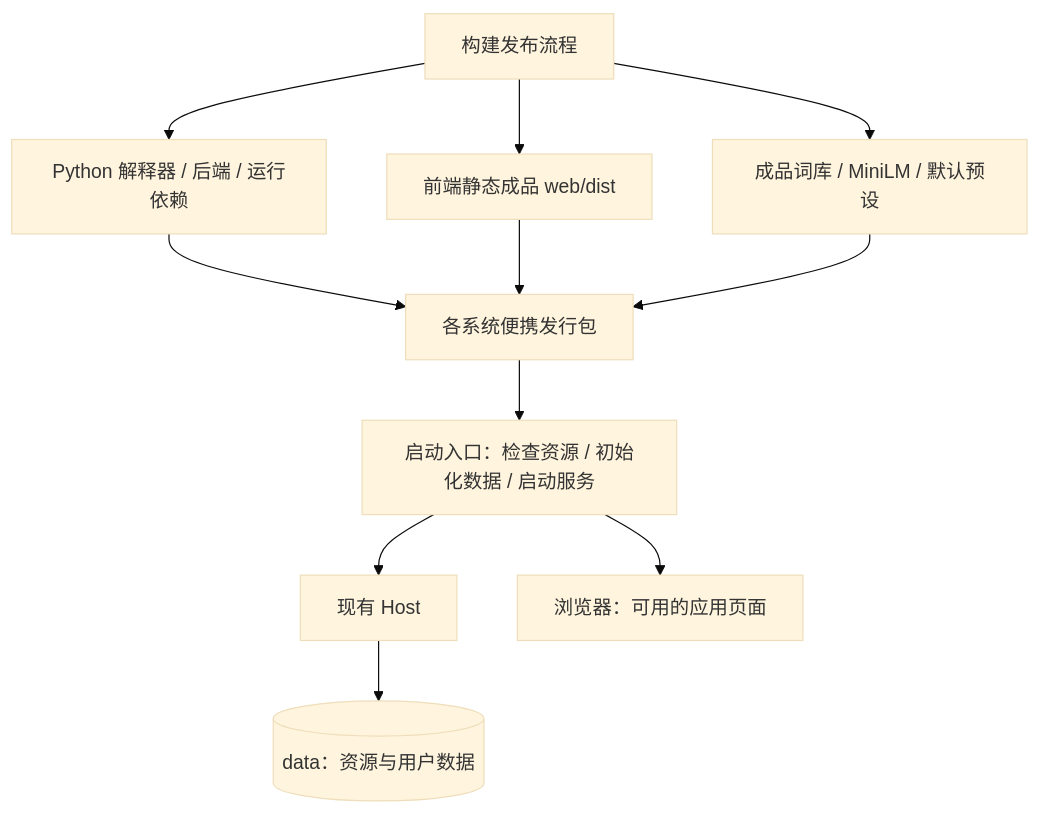
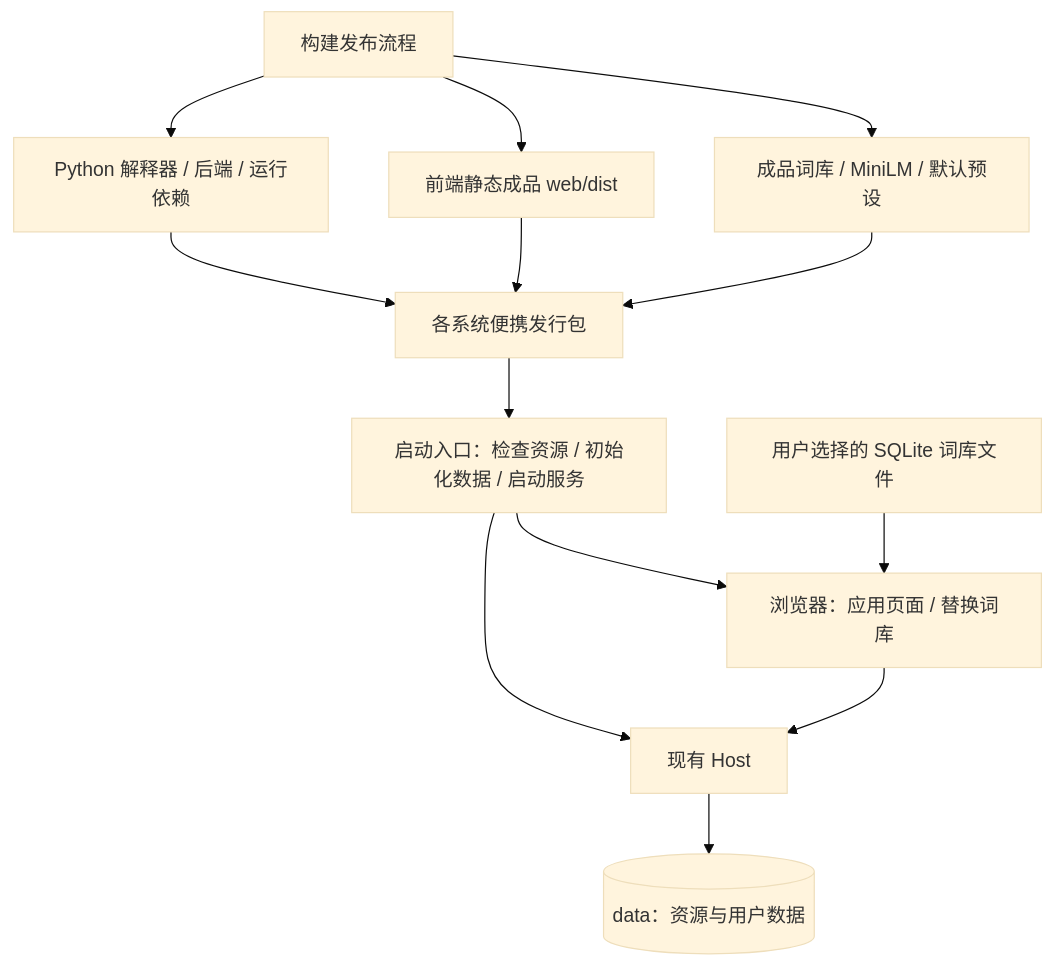
Before and after one commit to Lykr/pictide: the first of 2 diagrams in docs/issues/automatic-startup.md, drawn with Mermaid (base theme). The commit also changed other lines of this file, not shown here.

````diff
--- a/docs/issues/automatic-startup.md
+++ b/docs/issues/automatic-startup.md
@@ -11,13 +11,15 @@
 ```mermaid
 flowchart TD
     Build["构建发布流程"] --> Python["Python 解释器 / 后端 / 运行依赖"]
     Build --> Web["前端静态成品 web/dist"]
     Build --> Assets["成品词库 / MiniLM / 默认预设"]
     Python --> Package["各系统便携发行包"]
     Web --> Package
     Assets --> Package
     Package --> Start["启动入口：检查资源 / 初始化数据 / 启动服务"]
     Start --> Host["现有 Host"]
-    Start --> UI["浏览器：可用的应用页面"]
+    Start --> UI["浏览器：应用页面 / 替换词库"]
+    Library["用户选择的 SQLite 词库文件"] --> UI
+    UI --> Host
     Host --> Data[("data：资源与用户数据")]
 ```
````
